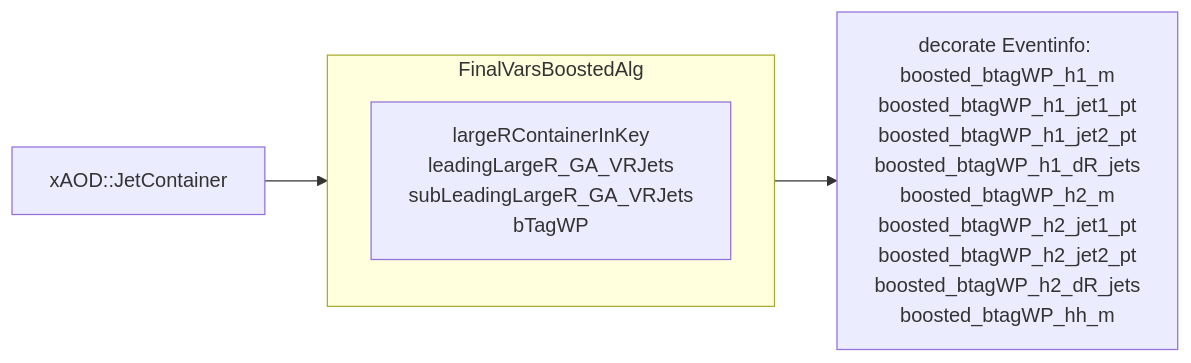
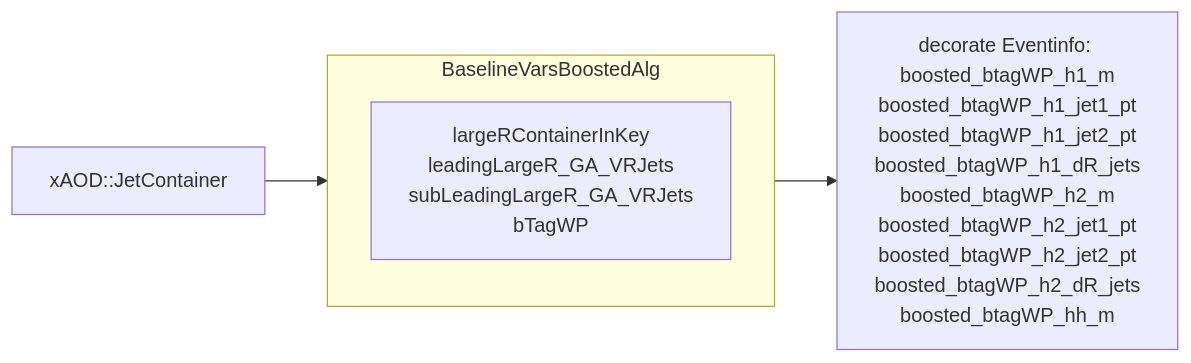
The fifth of 6 diagrams in docs/Algorithms.md (alessio94/easyjet-leptons-met), drawn with Mermaid before and after one commit. The commit also changed other lines of this file and 18 other files, not shown here.

````diff
--- a/docs/Algorithms.md
+++ b/docs/Algorithms.md
@@ -143,8 +143,8 @@
 ```mermaid
 flowchart LR
-A[xAOD::JetContainer] --> FinalVarsBoostedAlg
-subgraph FinalVarsBoostedAlg
+A[xAOD::JetContainer] --> BaselineVarsBoostedAlg
+subgraph BaselineVarsBoostedAlg
 largeRContainerInKey\nleadingLargeR_GA_VRJets\nsubLeadingLargeR_GA_VRJets\nbTagWP
 end
-FinalVarsBoostedAlg --> B[decorate Eventinfo: \nboosted_btagWP_h1_m\nboosted_btagWP_h1_jet1_pt\nboosted_btagWP_h1_jet2_pt\nboosted_btagWP_h1_dR_jets\nboosted_btagWP_h2_m\nboosted_btagWP_h2_jet1_pt\nboosted_btagWP_h2_jet2_pt\nboosted_btagWP_h2_dR_jets\nboosted_btagWP_hh_m]
+BaselineVarsBoostedAlg --> B[decorate Eventinfo: \nboosted_btagWP_h1_m\nboosted_btagWP_h1_jet1_pt\nboosted_btagWP_h1_jet2_pt\nboosted_btagWP_h1_dR_jets\nboosted_btagWP_h2_m\nboosted_btagWP_h2_jet1_pt\nboosted_btagWP_h2_jet2_pt\nboosted_btagWP_h2_dR_jets\nboosted_btagWP_hh_m]
 ```
````
